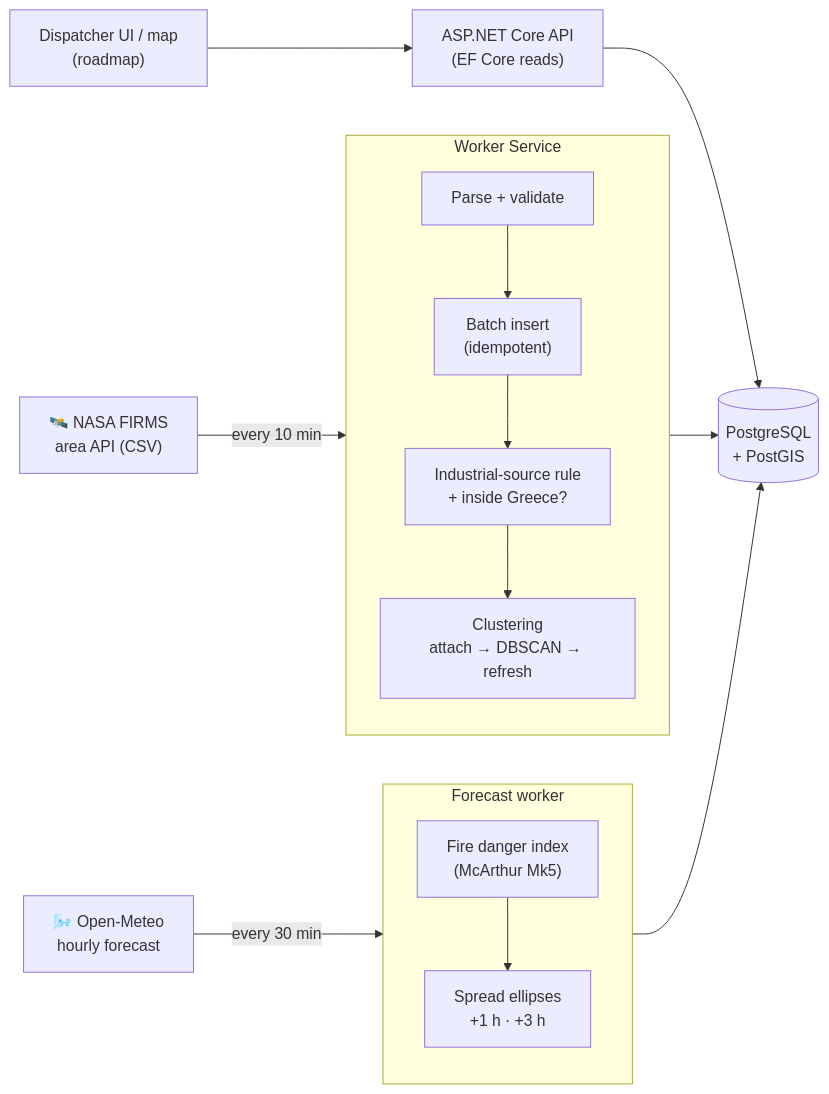
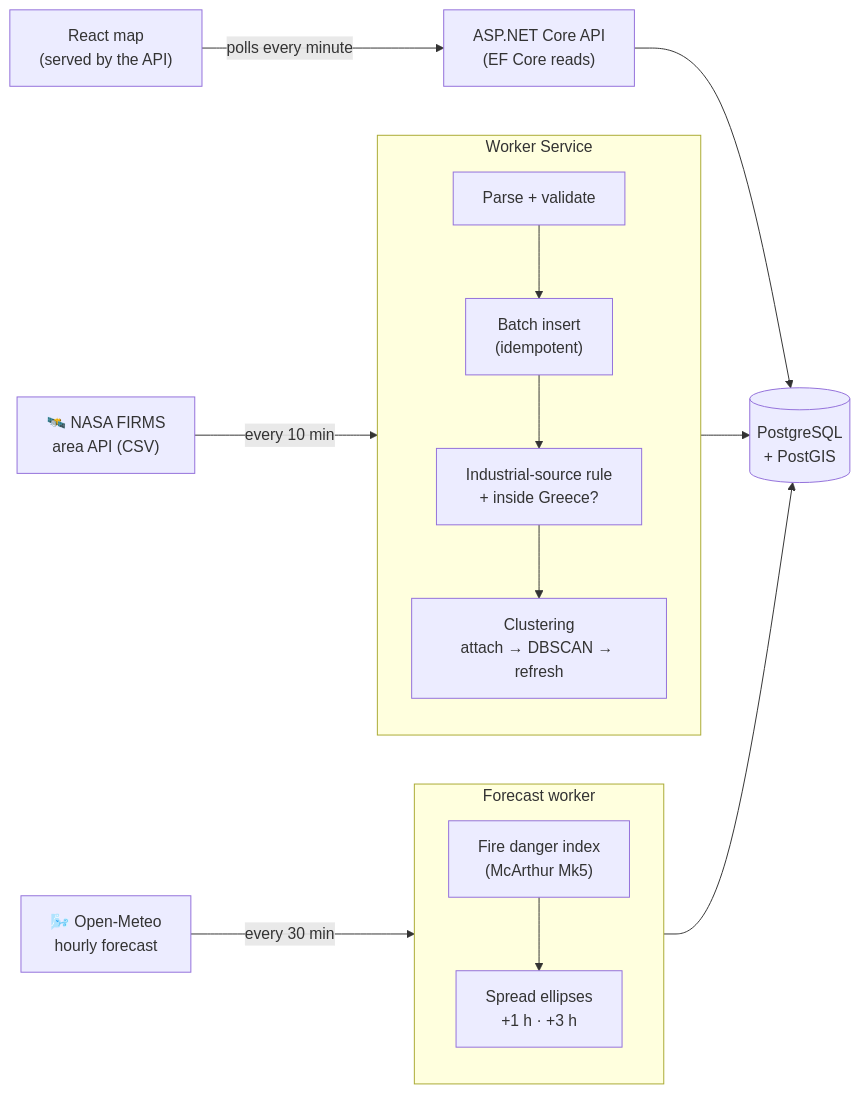
One commit to Nikolhs123/PyroLens changed the diagram in README.md. Above: the diagram before and after it, drawn with Mermaid. The commit also changed other lines of this file and 27 other files, not shown here.

First line of the commit message:
Map: React + TypeScript dispatcher map served by the API

````diff
--- a/README.md
+++ b/README.md
@@ -64,23 +83,23 @@
 ```mermaid
 flowchart LR
     FIRMS["🛰️ NASA FIRMS<br/>area API (CSV)"] -->|every 10 min| Worker
 
     subgraph Worker["Worker Service"]
         direction TB
         Parse["Parse + validate"] --> Write["Batch insert<br/>(idempotent)"]
         Write --> Flag["Industrial-source rule<br/>+ inside Greece?"]
         Flag --> Cluster["Clustering<br/>attach → DBSCAN → refresh"]
     end
 
     Worker --> DB[("PostgreSQL<br/>+ PostGIS")]
 
     Meteo["🌬️ Open-Meteo<br/>hourly forecast"] -->|every 30 min| Forecast
     subgraph Forecast["Forecast worker"]
         direction TB
         FFDI["Fire danger index<br/>(McArthur Mk5)"] --> Ellipse["Spread ellipses<br/>+1 h · +3 h"]
     end
     Forecast --> DB
 
     API["ASP.NET Core API<br/>(EF Core reads)"] --> DB
-    Client["Dispatcher UI / map<br/>(roadmap)"] --> API
+    Client["React map<br/>(served by the API)"] -->|polls every minute| API
 ```
````
